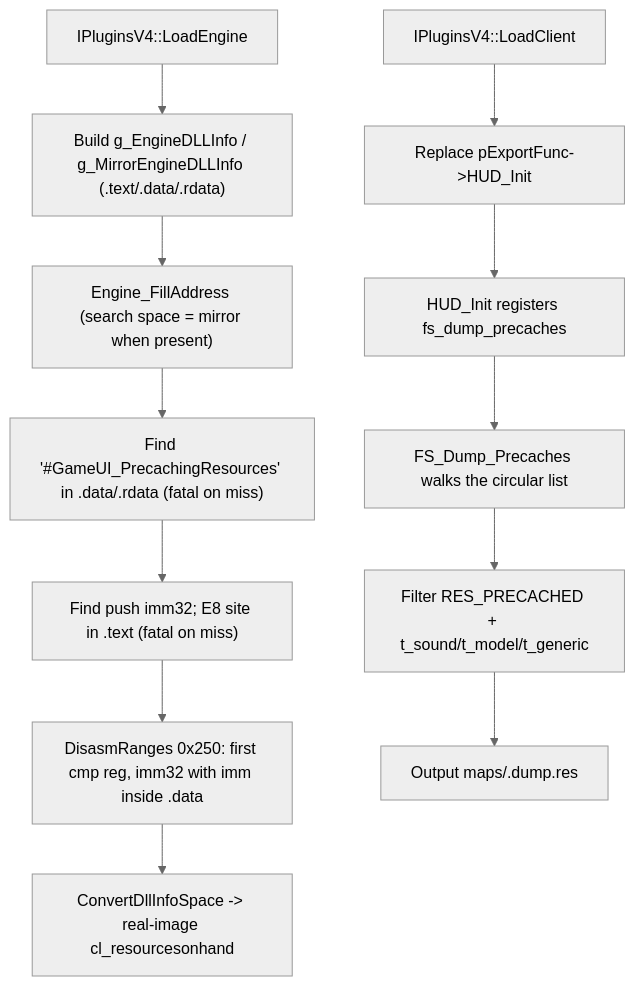
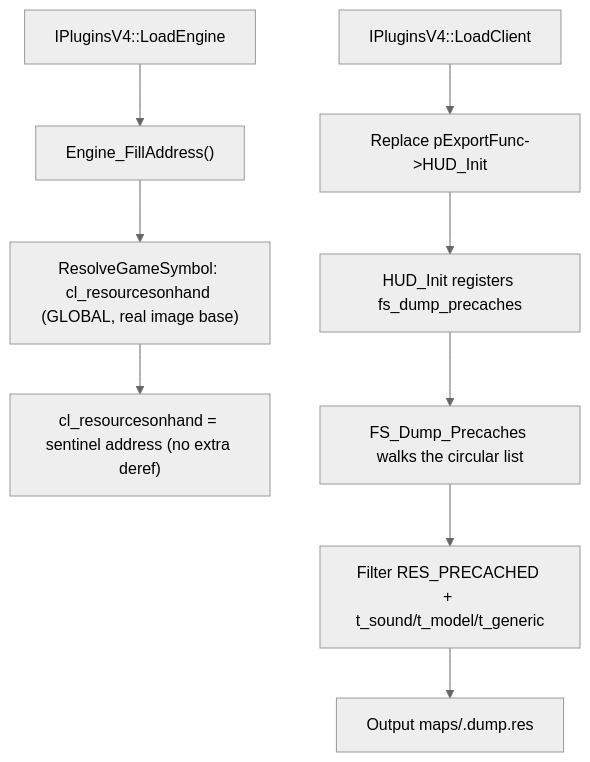
The diagram in memory/privatevars/precache-manager-privatevars.md (hzqst/MetaHookSv), drawn with Mermaid (neutral theme) before and after one commit. The commit also changed other lines of this file and 8 other files, not shown here.

````diff
--- a/memory/privatevars/precache-manager-privatevars.md
+++ b/memory/privatevars/precache-manager-privatevars.md
@@ -50,14 +49,11 @@
 ```mermaid
 flowchart TD
-    A["IPluginsV4::LoadEngine"] --> B["Build g_EngineDLLInfo / g_MirrorEngineDLLInfo (.text/.data/.rdata)"]
-    B --> C["Engine_FillAddress (search space = mirror when present)"]
-    C --> D["Find '#GameUI_PrecachingResources' in .data/.rdata (fatal on miss)"]
-    D --> E["Find push imm32; E8 site in .text (fatal on miss)"]
-    E --> F["DisasmRanges 0x250: first cmp reg, imm32 with imm inside .data"]
-    F --> G["ConvertDllInfoSpace -> real-image cl_resourcesonhand"]
+    A["IPluginsV4::LoadEngine"] --> B["Engine_FillAddress()"]
+    B --> C["ResolveGameSymbol: cl_resourcesonhand (GLOBAL, real image base)"]
+    C --> D["cl_resourcesonhand = sentinel address (no extra deref)"]
     A2["IPluginsV4::LoadClient"] --> H["Replace pExportFunc->HUD_Init"]
     H --> I["HUD_Init registers fs_dump_precaches"]
     I --> J["FS_Dump_Precaches walks the circular list"]
     J --> K["Filter RES_PRECACHED + t_sound/t_model/t_generic"]
     K --> L["Output maps/<mapname>.dump.res"]
 ```
````
